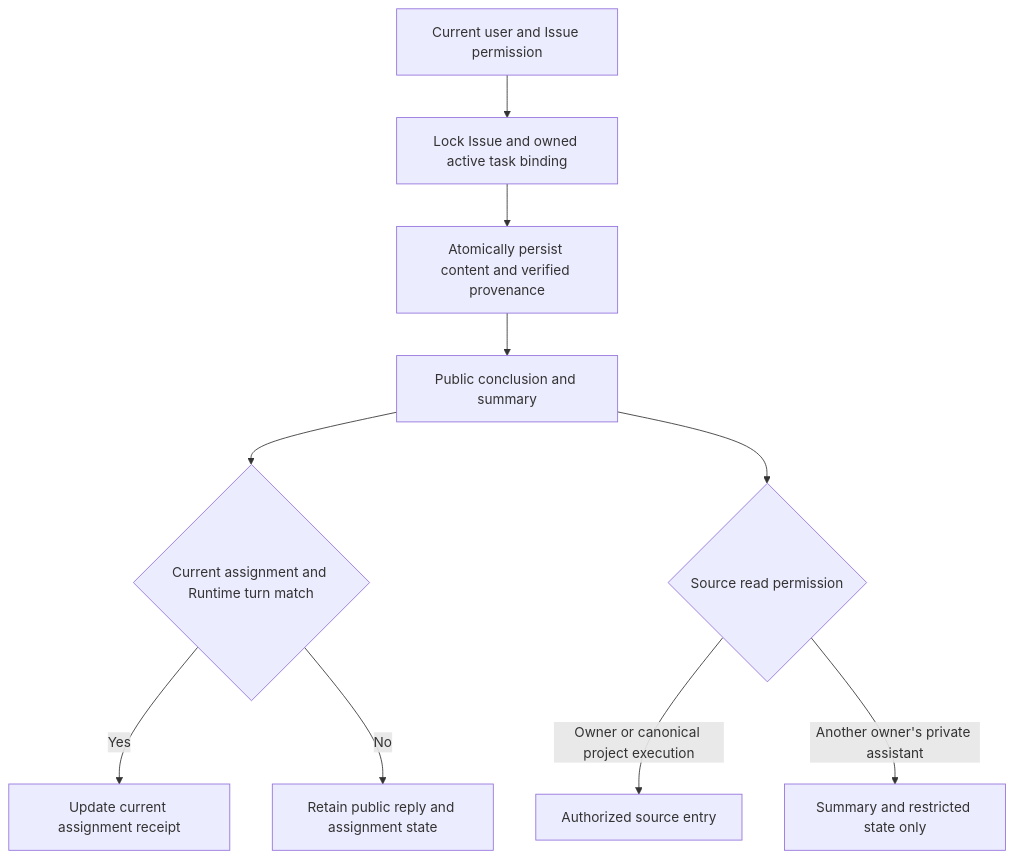
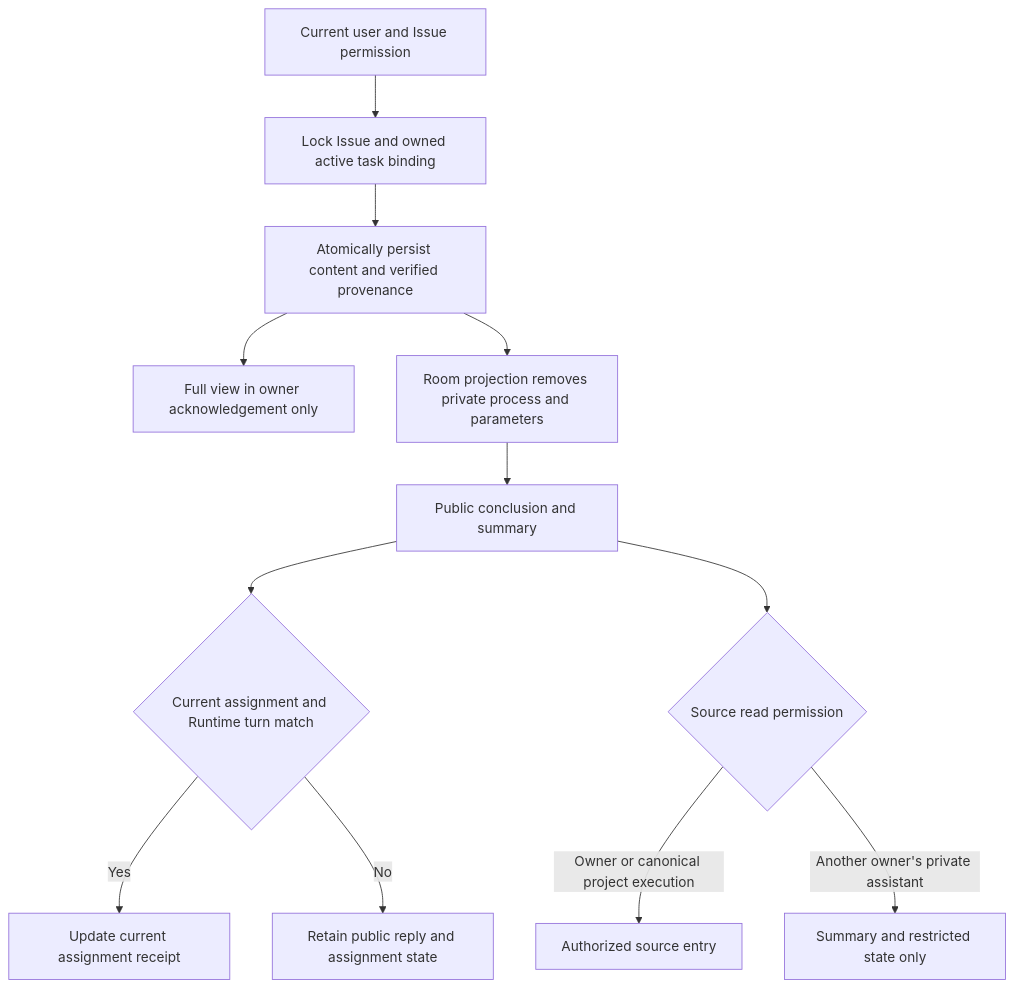
Before and after one commit to wecode-ai/Wegent: the first of 2 diagrams in docs/en/wegent/developer-guide/collaboration-permissions.md, drawn with Mermaid. The commit also changed other lines of this file and 8 other files, not shown here.

````diff
--- a/docs/en/wegent/developer-guide/collaboration-permissions.md
+++ b/docs/en/wegent/developer-guide/collaboration-permissions.md
@@ -9,12 +9,14 @@
 ```mermaid
 flowchart TD
     Source[Current user and Issue permission] --> Lock[Lock Issue and owned active task binding]
     Lock --> Commit[Atomically persist content and verified provenance]
-    Commit --> Public[Public conclusion and summary]
+    Commit --> Owner[Full view in owner acknowledgement only]
+    Commit --> Filter[Room projection removes private process and parameters]
+    Filter --> Public[Public conclusion and summary]
     Public --> Receipt{Current assignment and Runtime turn match}
     Receipt -->|Yes| Complete[Update current assignment receipt]
     Receipt -->|No| History[Retain public reply and assignment state]
     Public --> Trace{Source read permission}
     Trace -->|Owner or canonical project execution| Scoped[Authorized source entry]
     Trace -->|Another owner's private assistant| Restricted[Summary and restricted state only]
 ```
````
